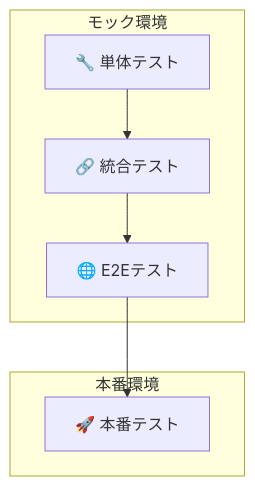
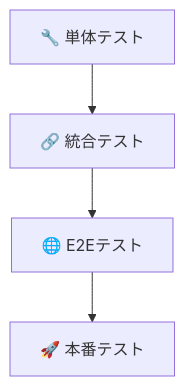
Before and after one commit to nyuki0821/corporate-research: the first of 3 diagrams in README.md, drawn with Mermaid. The commit also changed other lines of this file, not shown here.

````diff
--- a/README.md
+++ b/README.md
@@ -197,12 +205,6 @@
 ```mermaid
 graph TD
-    subgraph "本番環境"
-        D[🚀 本番テスト]
-    end
-    subgraph "モック環境"
-        C[🌐 E2Eテスト]
-        B[🔗 統合テスト]
-        A[🔧 単体テスト]
-    end
-    A --> B --> C --> D
+    A[🔧 単体テスト] --> B[🔗 統合テスト]
+    B --> C[🌐 E2Eテスト]
+    C --> D[🚀 本番テスト]
 ```
````
